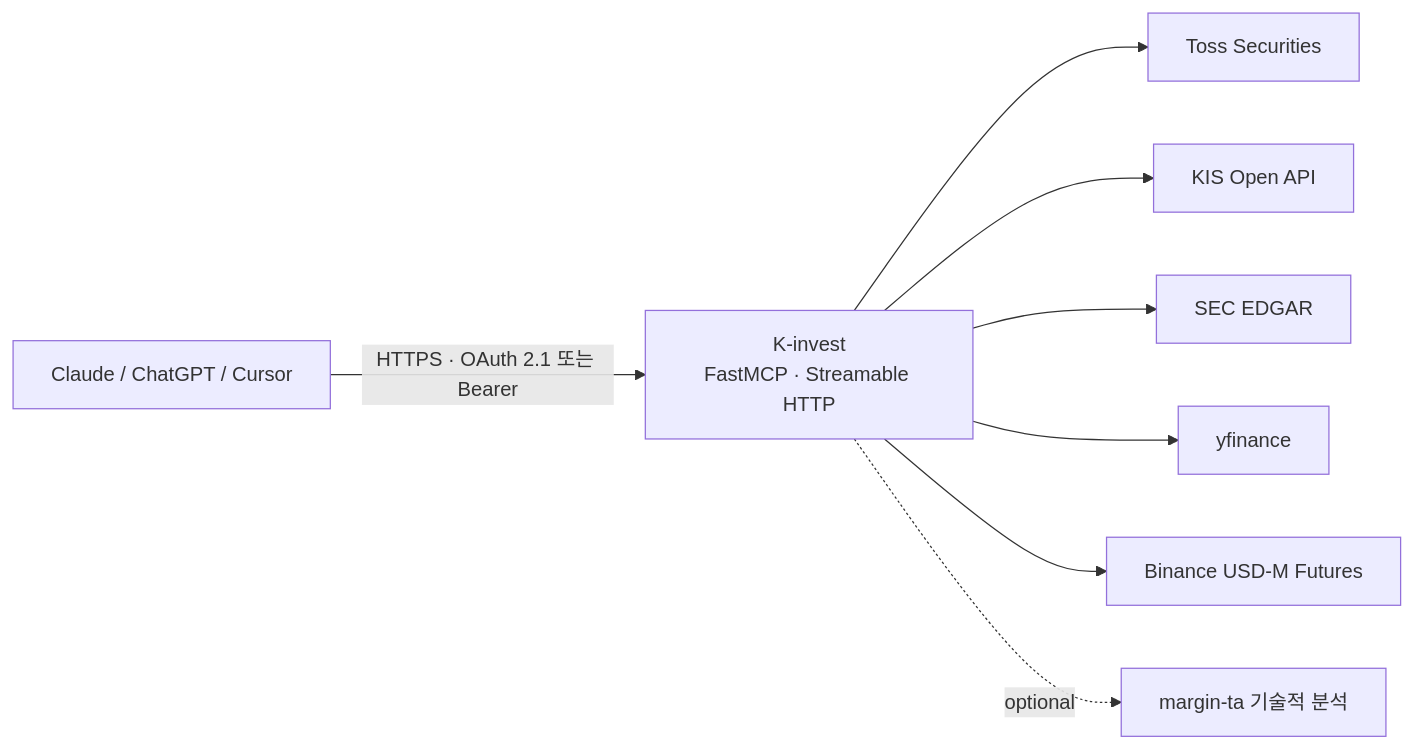
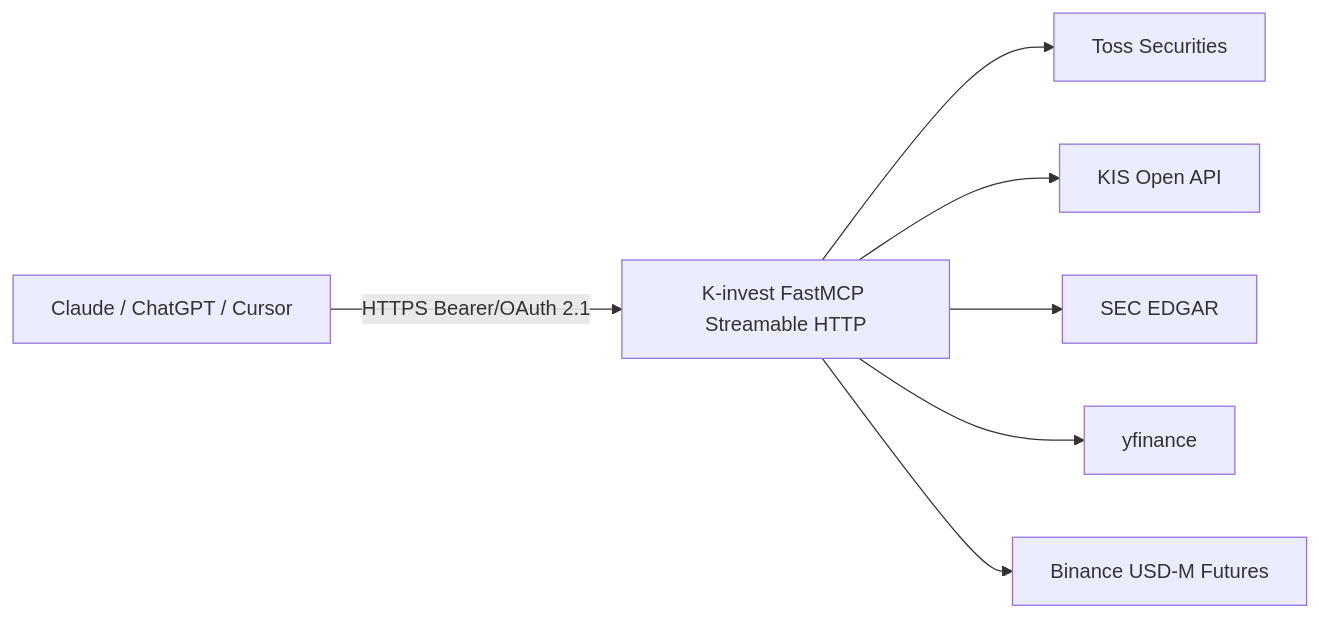
Before and after one commit to ianlyoo/K-invest: the diagram in README.md, drawn with Mermaid. The commit also changed other lines of this file and 1 other file, not shown here.

````diff
--- a/README.md
+++ b/README.md
@@ -23,10 +42,9 @@
 ```mermaid
 flowchart LR
-    A[Claude / ChatGPT / Cursor] -- "HTTPS · OAuth 2.1 또는 Bearer" --> B[K-invest<br/>FastMCP · Streamable HTTP]
+    A[Claude / ChatGPT / Cursor] -- "HTTPS Bearer/OAuth 2.1" --> B[K-invest FastMCP Streamable HTTP]
     B --> C[Toss Securities]
     B --> D[KIS Open API]
     B --> E[SEC EDGAR]
     B --> F[yfinance]
     B --> G[Binance USD-M Futures]
-    B -.optional.-> H[margin-ta 기술적 분석]
 ```
````
